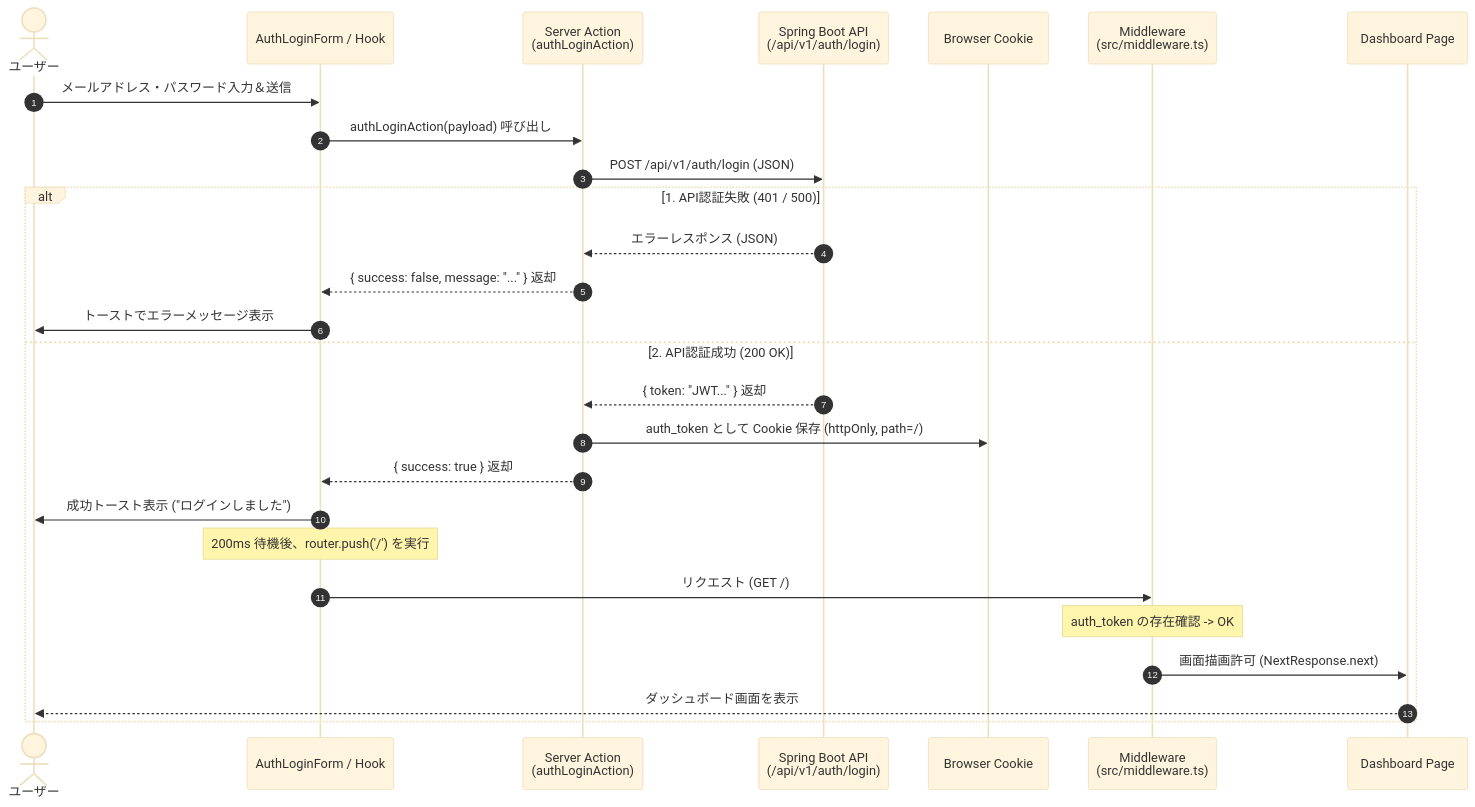
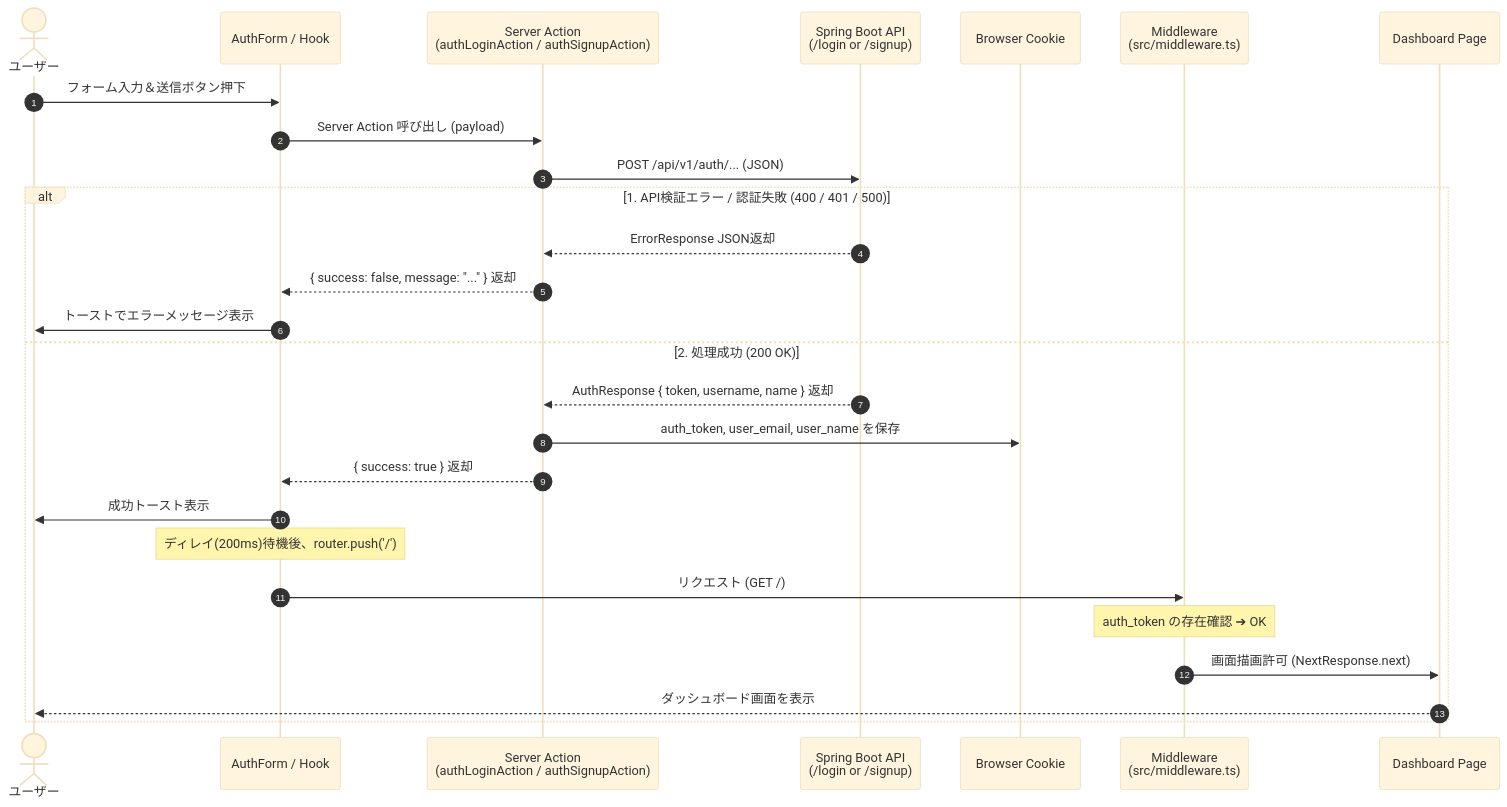
Before and after one commit to persianjug/agency-sales-support: the first of 4 diagrams in docs/auth-front-spec.md, drawn with Mermaid (base theme). The commit also changed other lines of this file and 2 other files, not shown here.

````diff
--- a/docs/auth-front-spec.md
+++ b/docs/auth-front-spec.md
@@ -134,33 +125,32 @@
 ```mermaid
 sequenceDiagram
     autonumber
     actor User as ユーザー
-    participant Form as AuthLoginForm / Hook
-    participant Action as Server Action<br/>(authLoginAction)
-    participant API as Spring Boot API<br/>(/api/v1/auth/login)
+    participant Form as AuthForm / Hook
+    participant Action as Server Action<br/>(authLoginAction / authSignupAction)
+    participant API as Spring Boot API<br/>(/login or /signup)
     participant Cookie as Browser Cookie
     participant MW as Middleware<br/>(src/middleware.ts)
     participant Dash as Dashboard Page
 
-    User->>Form: メールアドレス・パスワード入力＆送信
-    Form->>Action: authLoginAction(payload) 呼び出し
-    Action->>API: POST /api/v1/auth/login (JSON)
+    User->>Form: フォーム入力＆送信ボタン押下
+    Form->>Action: Server Action 呼び出し (payload)
+    Action->>API: POST /api/v1/auth/... (JSON)
     
-    alt 1. API認証失敗 (401 / 500)
-        API-->>Action: エラーレスポンス (JSON)
+    alt 1. API検証エラー / 認証失敗 (400 / 401 / 500)
+        API-->>Action: ErrorResponse JSON返却
         Action-->>Form: { success: false, message: "..." } 返却
         Form->>User: トーストでエラーメッセージ表示
-    else 2. API認証成功 (200 OK)
-        API-->>Action: { token: "JWT..." } 返却
-        Action->>Cookie: auth_token として Cookie 保存 (httpOnly, path=/)
+    else 2. 処理成功 (200 OK)
+        API-->>Action: AuthResponse { token, username, name } 返却
+        Action->>Cookie: auth_token, user_email, user_name を保存
         Action-->>Form: { success: true } 返却
-        Form->>User: 成功トースト表示 ("ログインしました")
-        Note over Form: 200ms 待機後、router.push('/') を実行
+        Form->>User: 成功トースト表示
+        Note over Form: ディレイ(200ms)待機後、router.push('/')
         
         Form->>MW: リクエスト (GET /)
-        Note over MW: auth_token の存在確認 -> OK
+        Note over MW: auth_token の存在確認 ➔ OK
         MW->>Dash: 画面描画許可 (NextResponse.next)
         Dash-->>User: ダッシュボード画面を表示
     end
-
 ```
````
